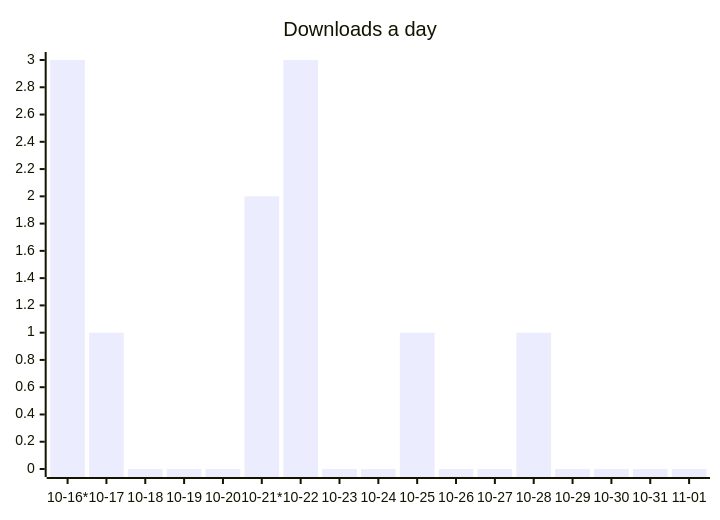
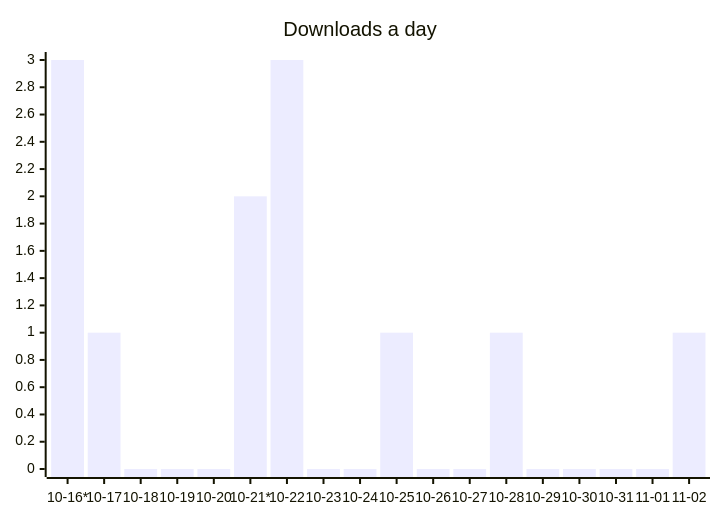
The first of 3 diagrams in README.md (ArtemkaGoldMan/ContextSwitcher), drawn with Mermaid before and after one commit. The commit also changed other lines of this file and 6 other files, not shown here.

````diff
--- a/README.md
+++ b/README.md
@@ -30,6 +30,6 @@
 ```mermaid
 xychart-beta
     title "Downloads a day"
-    x-axis ["10-16*", "10-17", "10-18", "10-19", "10-20", "10-21*", "10-22", "10-23", "10-24", "10-25", "10-26", "10-27", "10-28", "10-29", "10-30", "10-31", "11-01"]
-    bar [3, 1, 0, 0, 0, 2, 3, 0, 0, 1, 0, 0, 1, 0, 0, 0, 0]
+    x-axis ["10-16*", "10-17", "10-18", "10-19", "10-20", "10-21*", "10-22", "10-23", "10-24", "10-25", "10-26", "10-27", "10-28", "10-29", "10-30", "10-31", "11-01", "11-02"]
+    bar [3, 1, 0, 0, 0, 2, 3, 0, 0, 1, 0, 0, 1, 0, 0, 0, 0, 1]
 ```
````
